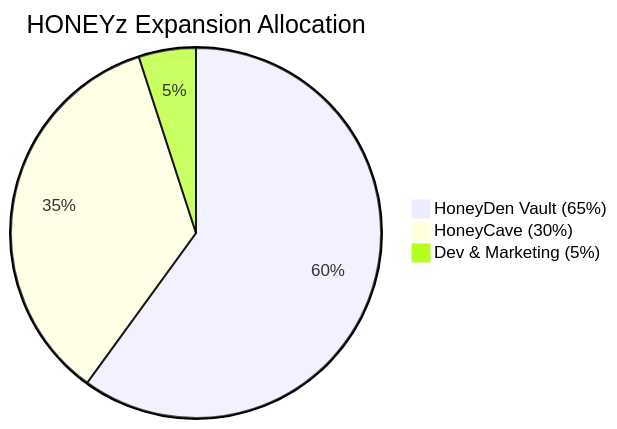
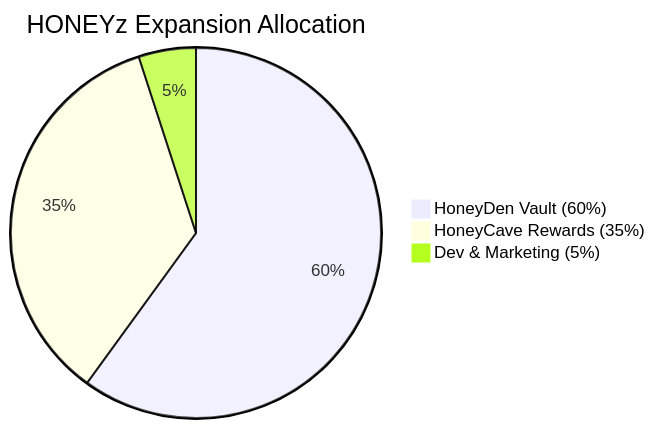
The second of 2 diagrams in README.md (hiber-fi/launching), drawn with Mermaid before and after one commit. The commit also changed other lines of this file, not shown here.

````diff
--- a/README.md
+++ b/README.md
@@ -94,7 +122,7 @@
 ```mermaid
 pie
     title HONEYz Expansion Allocation
-    "HoneyDen Vault (65%)": 60
-    "HoneyCave (30%)": 35
+    "HoneyDen Vault (60%)": 60
+    "HoneyCave Rewards (35%)": 35
     "Dev & Marketing (5%)": 5
 ```
````
